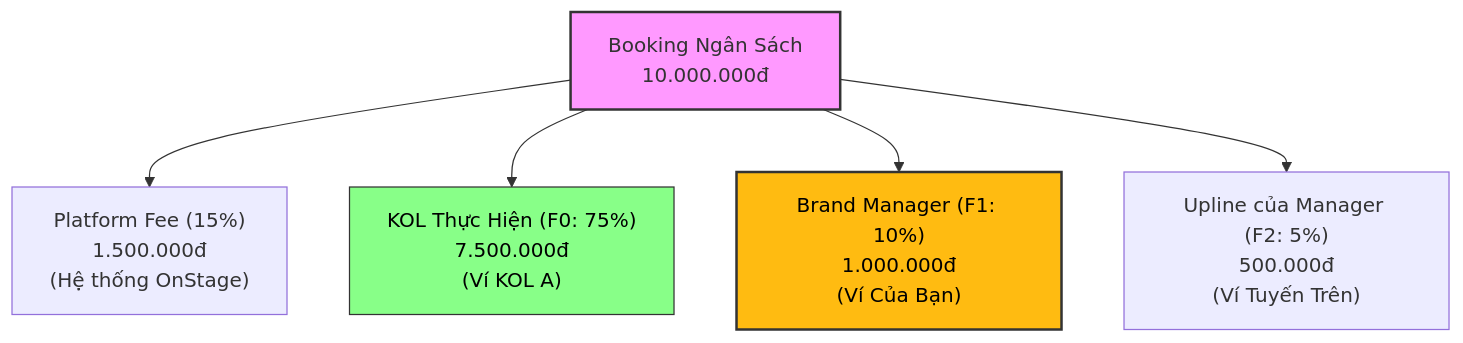
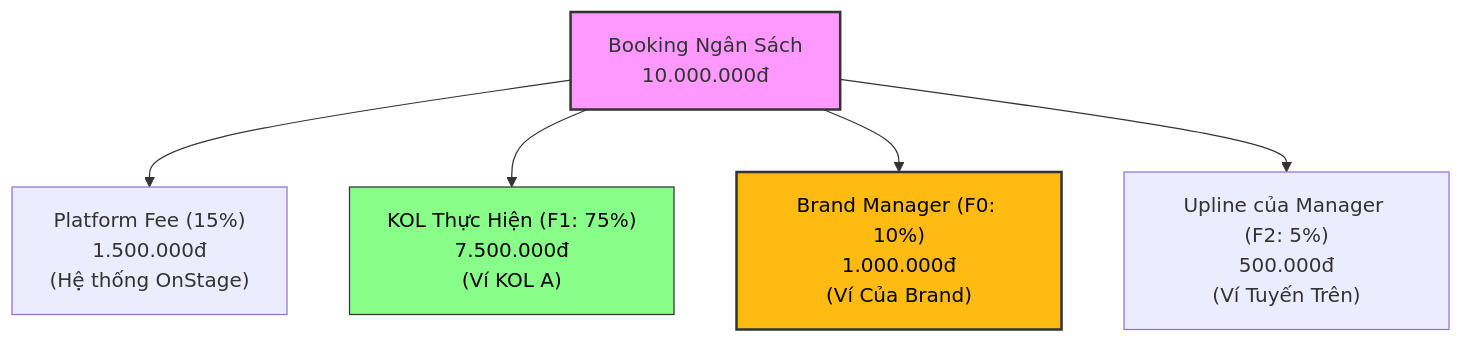
The diagram in docs/Cuong_Docs/ManagerTalent/affiliate_commission_flow.md (vietcuong2004/VNP2026_OnstageVN), drawn with Mermaid before and after one commit. The commit also changed other lines of this file and 3 other files, not shown here.

````diff
--- a/docs/Cuong_Docs/ManagerTalent/affiliate_commission_flow.md
+++ b/docs/Cuong_Docs/ManagerTalent/affiliate_commission_flow.md
@@ -11,11 +11,11 @@
 ```mermaid
 graph TD
     Booking["Booking Ngân Sách<br>10.000.000đ"] --> Platform["Platform Fee (15%)<br>1.500.000đ<br>(Hệ thống OnStage)"]
-    Booking --> F0["KOL Thực Hiện (F0: 75%)<br>7.500.000đ<br>(Ví KOL A)"]
-    Booking --> F1["Brand Manager (F1: 10%)<br>1.000.000đ<br>(Ví Của Bạn)"]
+    Booking --> F1["KOL Thực Hiện (F1: 75%)<br>7.500.000đ<br>(Ví KOL A)"]
+    Booking --> F0["Brand Manager (F0: 10%)<br>1.000.000đ<br>(Ví Của Brand)"]
     Booking --> F2["Upline của Manager (F2: 5%)<br>500.000đ<br>(Ví Tuyến Trên)"]
     
     style Booking fill:#f9f,stroke:#333,stroke-width:2px
-    style F1 fill:#fb1,stroke:#333,stroke-width:2px,color:#000
-    style F0 fill:#8f8,stroke:#333,stroke-width:1px,color:#000
+    style F0 fill:#fb1,stroke:#333,stroke-width:2px,color:#000
+    style F1 fill:#8f8,stroke:#333,stroke-width:1px,color:#000
 ```
````
